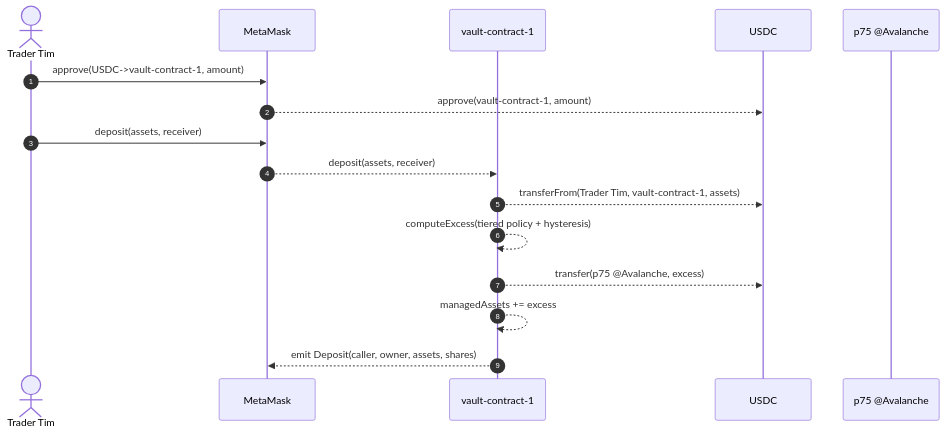
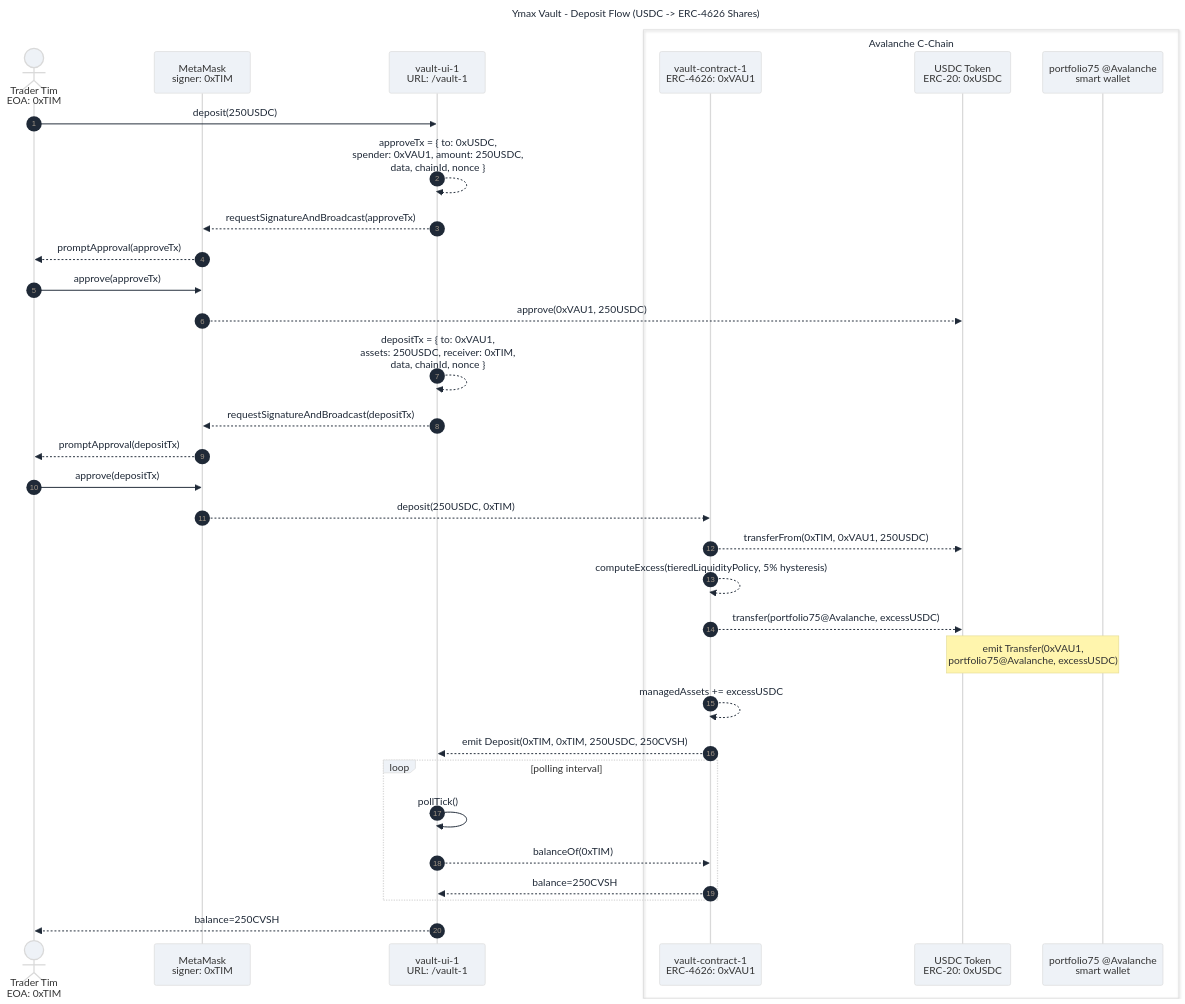
The diagram in packages/portfolio-contract/docs-design/ymax-vaults-feature-design.md (Agoric/agoric-sdk), drawn with Mermaid before and after one commit. The commit also changed other lines of this file, not shown here.

Commit message:
design: deposit flow

````diff
--- a/packages/portfolio-contract/docs-design/ymax-vaults-feature-design.md
+++ b/packages/portfolio-contract/docs-design/ymax-vaults-feature-design.md
@@ -131,19 +29,40 @@
 ```mermaid
+%%{init: {'theme': 'base', 'themeVariables': {'background': '#f3f4f6', 'primaryColor': '#eef2f7', 'secondaryColor': '#e9eef5', 'tertiaryColor': '#f6f8fb', 'lineColor': '#5f6b7a', 'textColor': '#1f2937'}, 'themeCSS': '.sequenceNumber { font-size: 14px !important; font-weight: 600; }'}}%%
 sequenceDiagram
+    title Ymax Vault - Deposit Flow (USDC -> ERC-4626 Shares)
     autonumber
-    actor user as Trader Tim
-    participant wallet as MetaMask
-    participant vault as vault-contract-1
-    participant usdc as USDC
-    participant p75 as p75 @Avalanche
 
-    user->>wallet: approve(USDC->vault-contract-1, amount)
-    wallet-->>usdc: approve(vault-contract-1, amount)
-    user->>wallet: deposit(assets, receiver)
-    wallet-->>vault: deposit(assets, receiver)
-    vault-->>usdc: transferFrom(Trader Tim, vault-contract-1, assets)
-    vault-->>vault: computeExcess(tiered policy + hysteresis)
-    vault-->>usdc: transfer(p75 @Avalanche, excess)
-    vault-->>vault: managedAssets += excess
-    vault-->>wallet: emit Deposit(caller, owner, assets, shares)
+    actor user as Trader Tim<br/>EOA: 0xTIM
+    participant wallet as MetaMask<br/>signer: 0xTIM
+    participant ui as vault-ui-1<br/>URL: /vault-1
+
+    box Avalanche C-Chain
+    participant vault as vault-contract-1<br/>ERC-4626: 0xVAU1
+    participant usdc as USDC Token<br/>ERC-20: 0xUSDC
+    participant p75 as portfolio75 @Avalanche<br/>smart wallet
+    end
+
+    user->>ui: deposit(250USDC)
+    ui-->>ui: approveTx = { to: 0xUSDC,<br/>spender: 0xVAU1, amount: 250USDC,<br/>data, chainId, nonce }
+    ui-->>wallet: requestSignatureAndBroadcast(approveTx)
+    wallet-->>user: promptApproval(approveTx)
+    user->>wallet: approve(approveTx)
+    wallet-->>usdc: approve(0xVAU1, 250USDC)
+    ui-->>ui: depositTx = { to: 0xVAU1,<br/>assets: 250USDC, receiver: 0xTIM,<br/>data, chainId, nonce }
+    ui-->>wallet: requestSignatureAndBroadcast(depositTx)
+    wallet-->>user: promptApproval(depositTx)
+    user->>wallet: approve(depositTx)
+    wallet-->>vault: deposit(250USDC, 0xTIM)
+    vault-->>usdc: transferFrom(0xTIM, 0xVAU1, 250USDC)
+    vault-->>vault: computeExcess(tieredLiquidityPolicy, 5% hysteresis)
+    vault-->>usdc: transfer(portfolio75@Avalanche, excessUSDC)
+    Note over usdc,p75: emit Transfer(0xVAU1,<br/>portfolio75@Avalanche, excessUSDC)
+    vault-->>vault: managedAssets += excessUSDC
+    vault-->>ui: emit Deposit(0xTIM, 0xTIM, 250USDC, 250CVSH)
+    loop polling interval
+        ui->>ui: pollTick()
+        ui-->>vault: balanceOf(0xTIM)
+        vault-->>ui: balance=250CVSH
+    end
+    ui-->>user: balance=250CVSH
 ```
````
